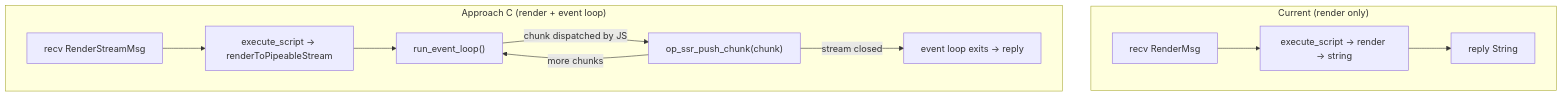
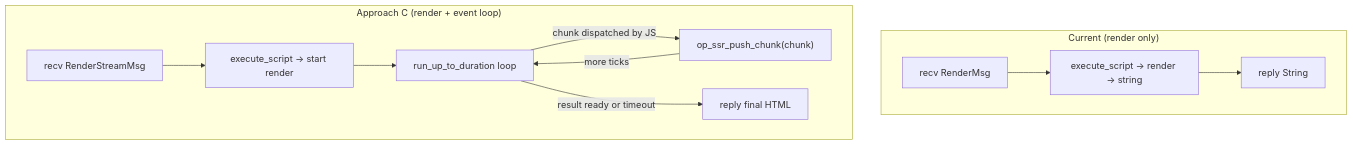
One commit to mdesantis/ssr-deno changed the diagram in plans/event-loop-approach-c.md. Above: the diagram before and after it, drawn with Mermaid. The commit also changed other lines of this file, not shown here.

Commit message:
docs(plans): update event-loop-approach-c to match impl

````diff
--- a/plans/event-loop-approach-c.md
+++ b/plans/event-loop-approach-c.md
@@ -27,15 +27,15 @@
 ```mermaid
 flowchart TD
     subgraph "Current (render only)"
         msg["recv RenderMsg"] --> exec["execute_script → render → string"]
         exec --> reply["reply String"]
     end
 
     subgraph "Approach C (render + event loop)"
-        msg2["recv RenderStreamMsg"] --> exec2["execute_script → renderToPipeableStream"]
-        exec2 --> eloop["run_event_loop()"]
+        msg2["recv RenderStreamMsg"] --> exec2["execute_script → start render"]
+        exec2 --> eloop["run_up_to_duration loop"]
         eloop -->|"chunk dispatched by JS"| chunk["op_ssr_push_chunk(chunk)"]
-        chunk -->|"more chunks"| eloop
-        chunk -->|"stream closed"| done["event loop exits → reply"]
+        chunk -->|"more ticks"| eloop
+        eloop -->|"result ready or timeout"| done["reply final HTML"]
     end
 ```
````
